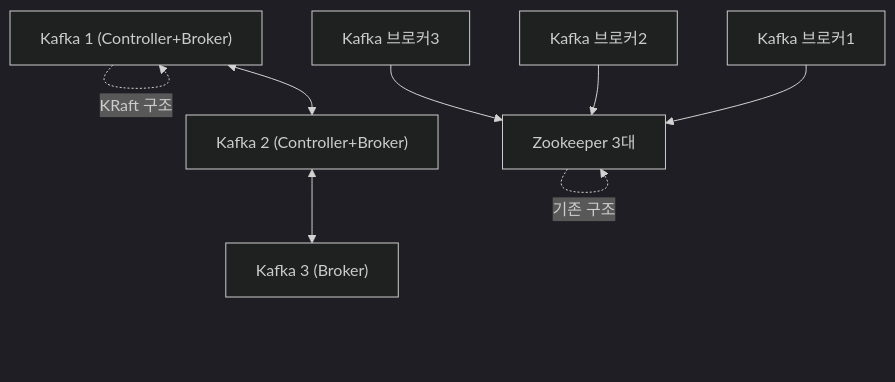
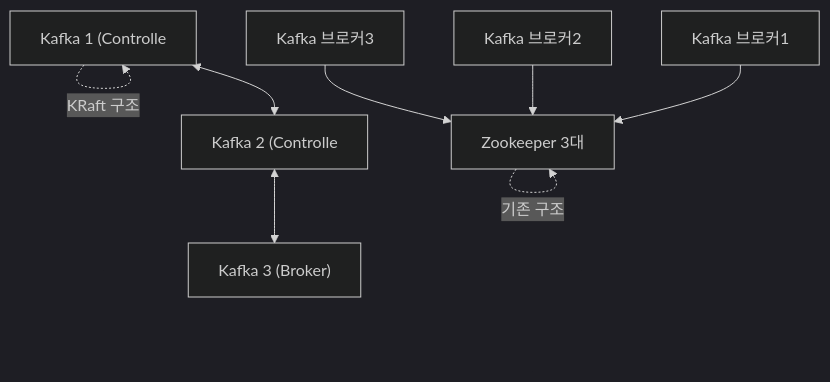
Before and after one commit to yjkim2015/yjkim2015.github.io: diagram 11 of 12 in _posts/kafka/2026-05-02-kafka-deep.md, drawn with Mermaid (dark theme). The commit also changed other lines of this file and 271 other files, not shown here.

First line of the commit message:
Mermaid 라벨 축소: 긴 노드 텍스트 18자 이하로 트림 + \n 제거

````diff
--- a/_posts/kafka/2026-05-02-kafka-deep.md
+++ b/_posts/kafka/2026-05-02-kafka-deep.md
@@ -624,10 +624,10 @@
 ```mermaid
 graph TD
     K1["Kafka 브로커1"] --> ZK["Zookeeper 3대"]
     K2["Kafka 브로커2"] --> ZK
     K3["Kafka 브로커3"] --> ZK
-    KR1["Kafka 1 (Controller+Broker)"] <--> KR2["Kafka 2 (Controller+Broker)"]
+    KR1["Kafka 1 (Controlle"] <--> KR2["Kafka 2 (Controlle"]
     KR2 <--> KR3["Kafka 3 (Broker)"]
     ZK -.->|"기존 구조"| ZK
     KR1 -.->|"KRaft 구조"| KR1
 ```
````
